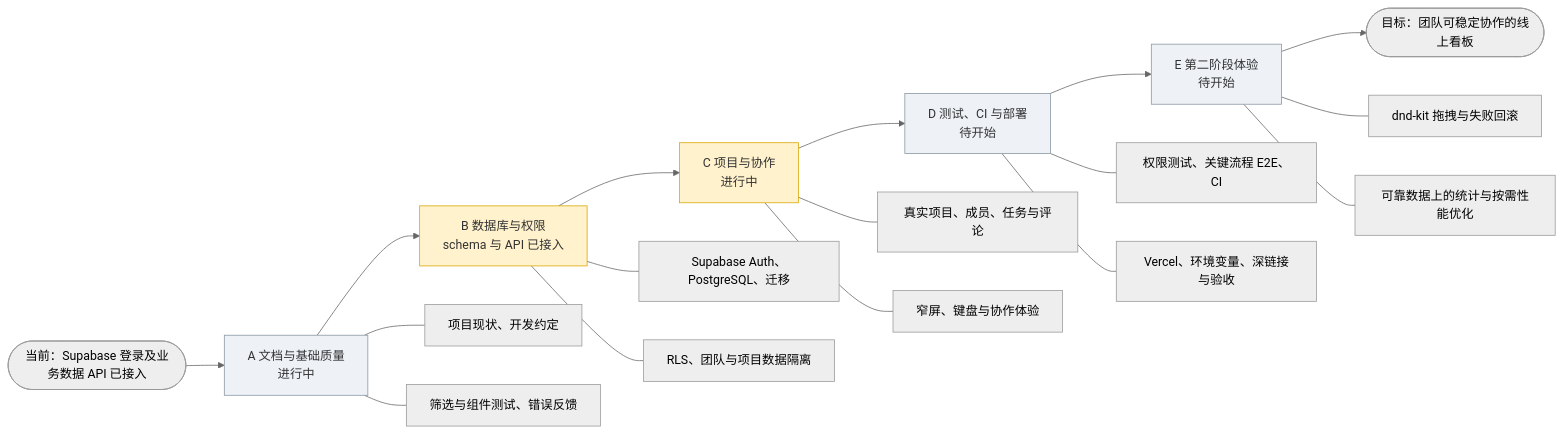
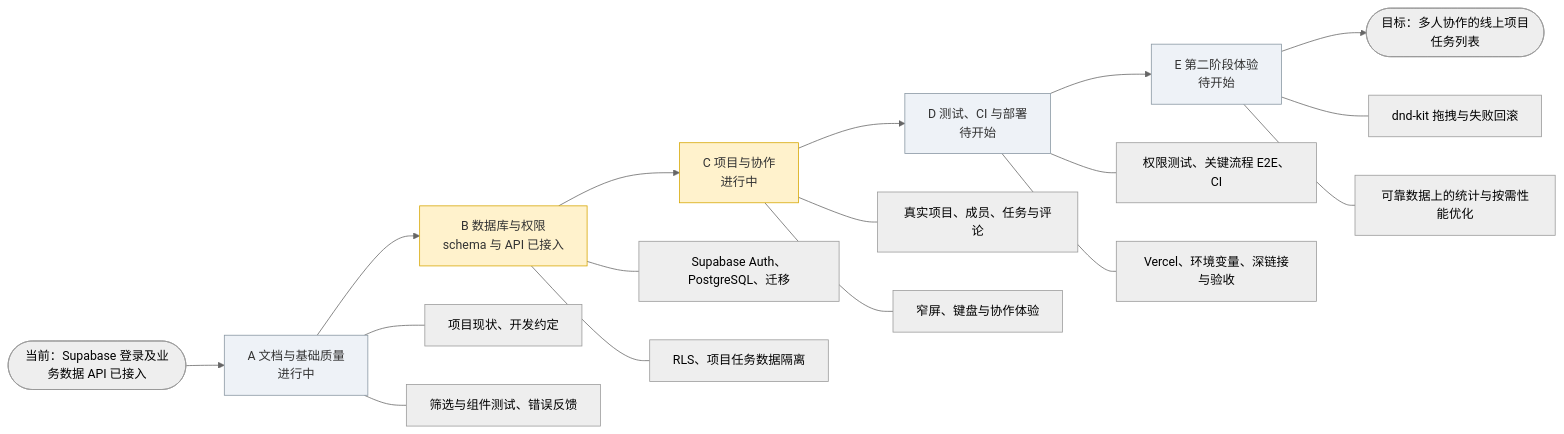
The diagram in docs/阶段进度速查.md (fartmonarch/tasks-board), drawn with Mermaid (neutral theme) before and after one commit. The commit also changed other lines of this file and 14 other files, not shown here.

````diff
--- a/docs/阶段进度速查.md
+++ b/docs/阶段进度速查.md
@@ -16,25 +16,25 @@
 ```mermaid
 flowchart LR
   S([当前：Supabase 登录及业务数据 API 已接入]) --> A["A 文档与基础质量<br/>进行中"]
   A --> B["B 数据库与权限<br/>schema 与 API 已接入"]
   B --> C["C 项目与协作<br/>进行中"]
   C --> D["D 测试、CI 与部署<br/>待开始"]
   D --> E["E 第二阶段体验<br/>待开始"]
-  E --> G([目标：团队可稳定协作的线上看板])
+  E --> G([目标：多人协作的线上项目任务列表])
 
   A --- A1[项目现状、开发约定]
   A --- A2[筛选与组件测试、错误反馈]
   B --- B1[Supabase Auth、PostgreSQL、迁移]
-  B --- B2[RLS、团队与项目数据隔离]
+  B --- B2[RLS、项目任务数据隔离]
   C --- C1[真实项目、成员、任务与评论]
   C --- C2[窄屏、键盘与协作体验]
   D --- D1[权限测试、关键流程 E2E、CI]
   D --- D2[Vercel、环境变量、深链接与验收]
   E --- E1[dnd-kit 拖拽与失败回滚]
   E --- E2[可靠数据上的统计与按需性能优化]
 
   classDef active fill:#fff2cc,stroke:#d6a600,color:#333
   classDef planned fill:#eef2f7,stroke:#8795a1,color:#333
   class B,C active
   class A,D,E planned
 ```
````
